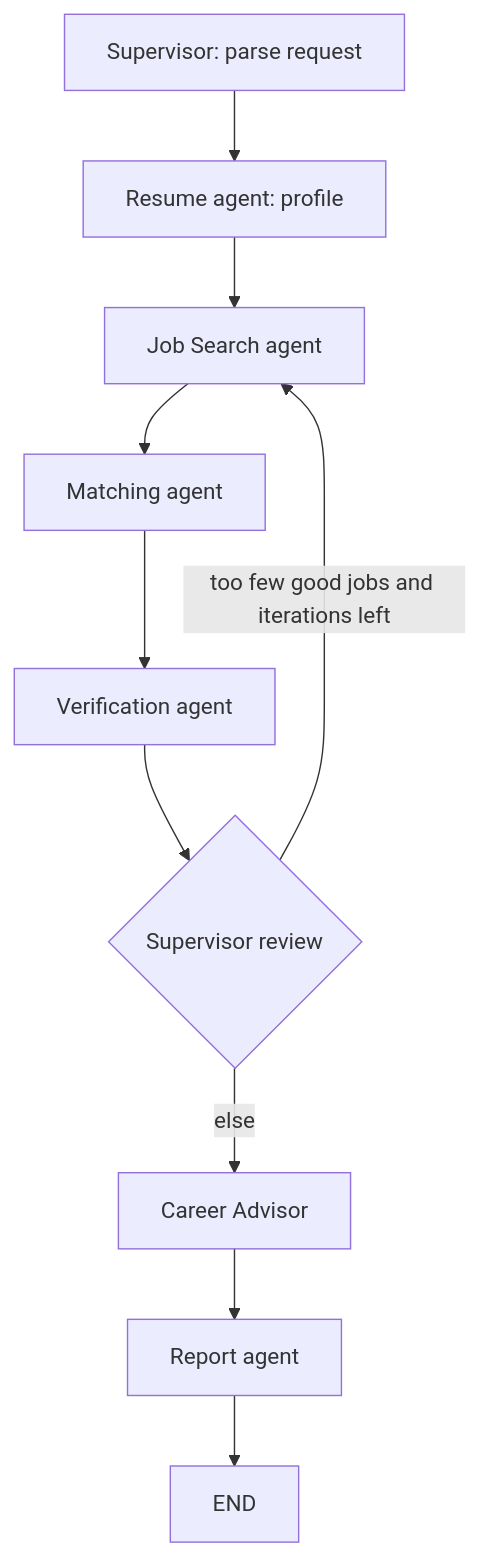
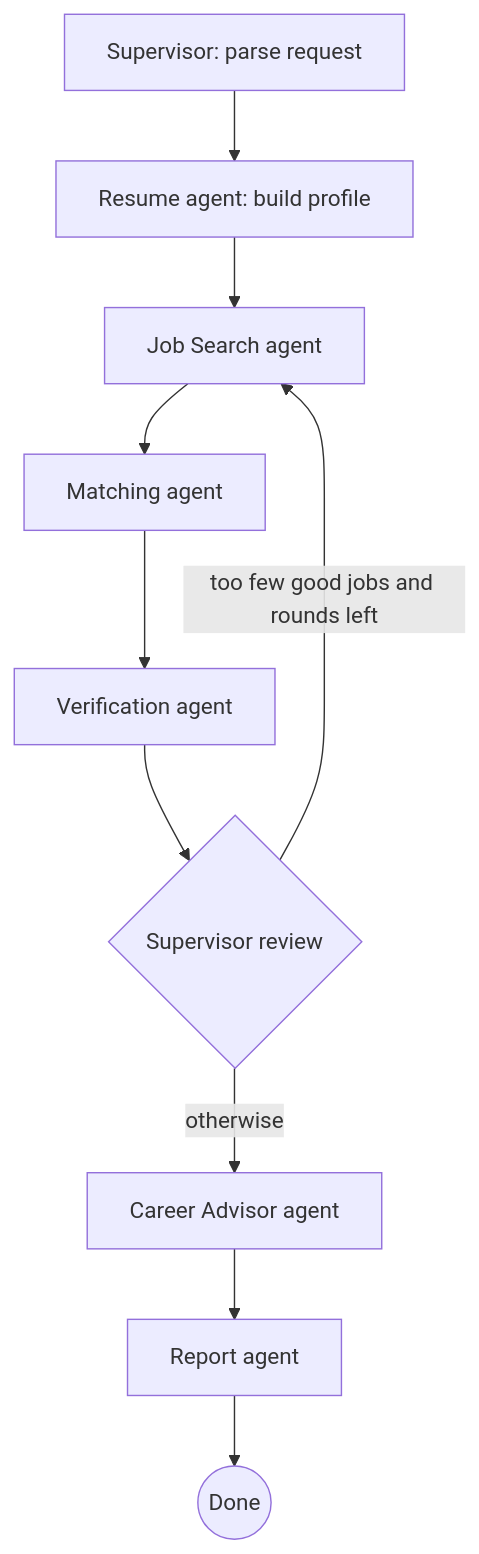
Before and after one commit to DEVALLAADITHYA/careerpilot-Ai: the second of 2 diagrams in README.md, drawn with Mermaid. The commit also changed other lines of this file, not shown here.

````diff
--- a/README.md
+++ b/README.md
@@ -35,6 +42,12 @@
 ```mermaid
 flowchart TD
-  plan[Supervisor: parse request] --> resume[Resume agent: profile] --> search[Job Search agent] --> match[Matching agent] --> verify[Verification agent] --> review{Supervisor review}
-  review -- too few good jobs and iterations left --> search
-  review -- else --> advise[Career Advisor] --> report[Report agent] --> END
+  plan[Supervisor: parse request] --> resume[Resume agent: build profile]
+  resume --> search[Job Search agent]
+  search --> match[Matching agent]
+  match --> verify[Verification agent]
+  verify --> review{Supervisor review}
+  review -- too few good jobs and rounds left --> search
+  review -- otherwise --> advise[Career Advisor agent]
+  advise --> report[Report agent]
+  report --> END((Done))
 ```
````
